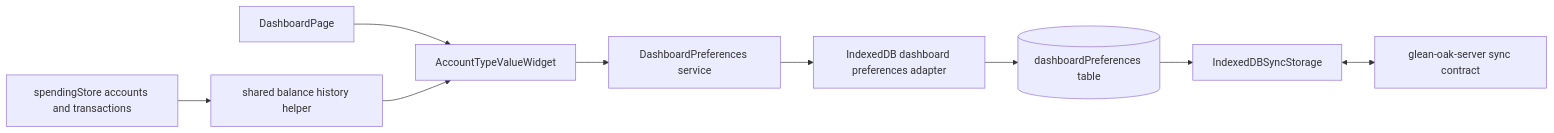
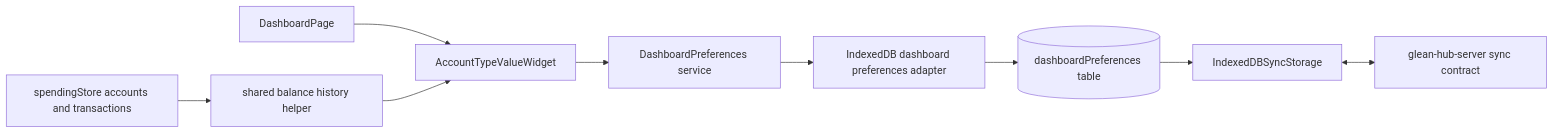
The fifth of 14 diagrams in docs/architecture.md (loidinhm31/money-insight), drawn with Mermaid before and after one commit. The commit also changed other lines of this file and 23 other files, not shown here.

Commit message:
refactor(sync): migrate to @glean-hub/sync-client-types

````diff
--- a/docs/architecture.md
+++ b/docs/architecture.md
@@ -332,11 +332,11 @@
 ```mermaid
 flowchart LR
     Page[DashboardPage] --> Widget[AccountTypeValueWidget]
     Widget --> Preferences[DashboardPreferences service]
     Preferences --> Adapter[IndexedDB dashboard preferences adapter]
     Adapter --> Local[(dashboardPreferences table)]
     Local --> Storage[IndexedDBSyncStorage]
-    Storage <--> Server[glean-oak-server sync contract]
+    Storage <--> Server[glean-hub-server sync contract]
     Store[spendingStore accounts and transactions] --> Balance[shared balance history helper]
     Balance --> Widget
 ```
````
